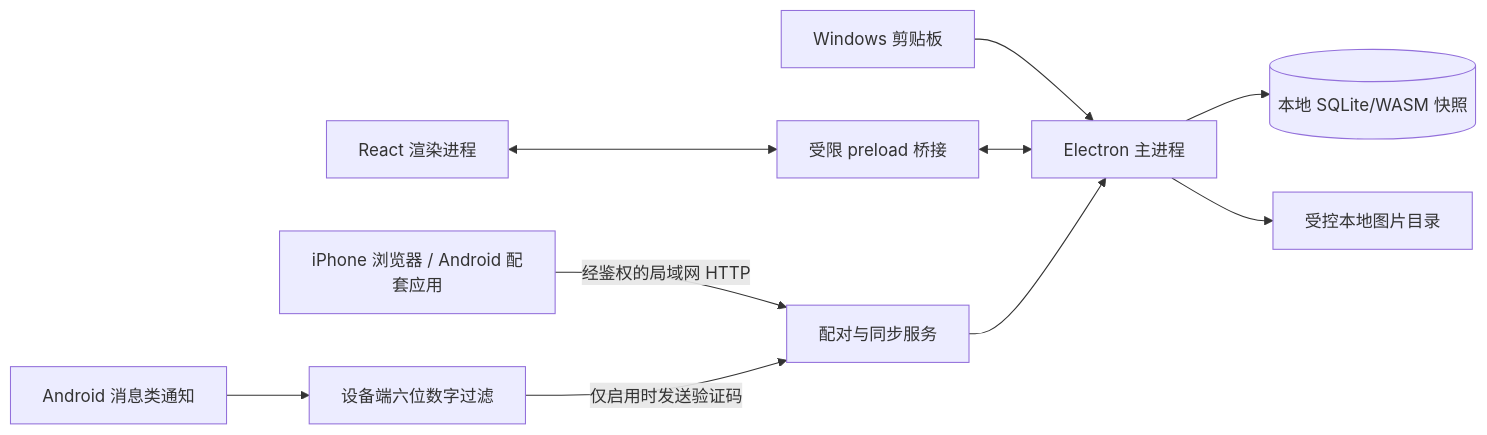
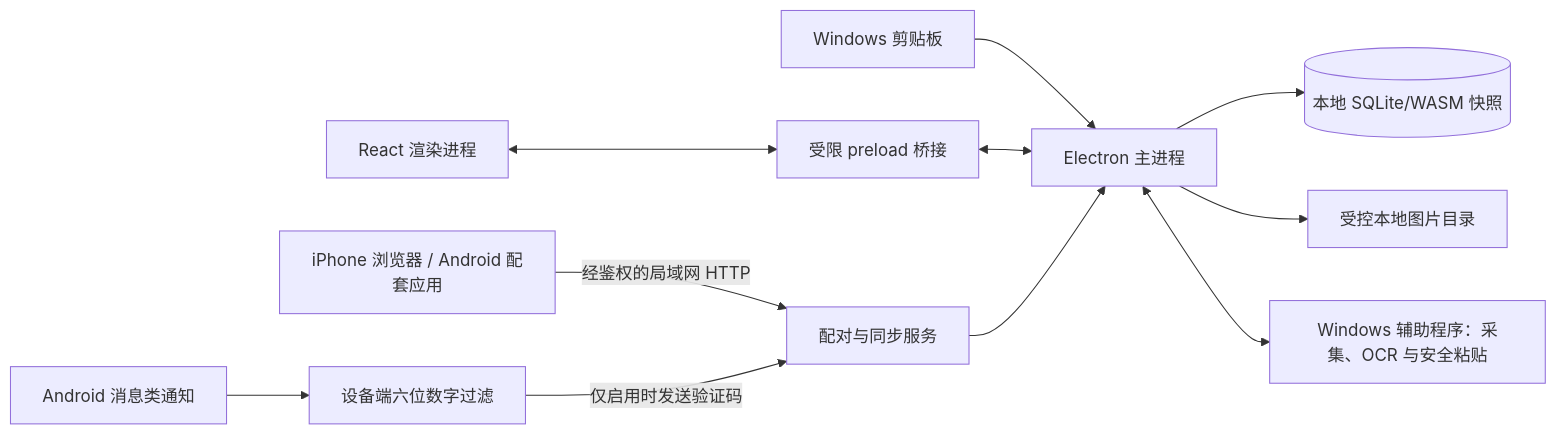
Before and after one commit to adlk-bit/clipboard-manager: the diagram in README_CN.md, drawn with Mermaid. The commit also changed other lines of this file, not shown here.

````diff
--- a/README_CN.md
+++ b/README_CN.md
@@ -258,12 +269,13 @@
 ```mermaid
 flowchart LR
   Clipboard[Windows 剪贴板] --> Main[Electron 主进程]
   Renderer[React 渲染进程] <--> Preload[受限 preload 桥接]
   Preload <--> Main
   Main --> DB[(本地 SQLite/WASM 快照)]
   Main --> Assets[受控本地图片目录]
+  Main <--> Native[Windows 辅助程序：采集、OCR 与安全粘贴]
   Phone[iPhone 浏览器 / Android 配套应用] -->|经鉴权的局域网 HTTP| Pairing[配对与同步服务]
   Pairing --> Main
   AndroidNotifications[Android 消息类通知] --> Filter[设备端六位数字过滤]
   Filter -->|仅启用时发送验证码| Pairing
 ```
````
